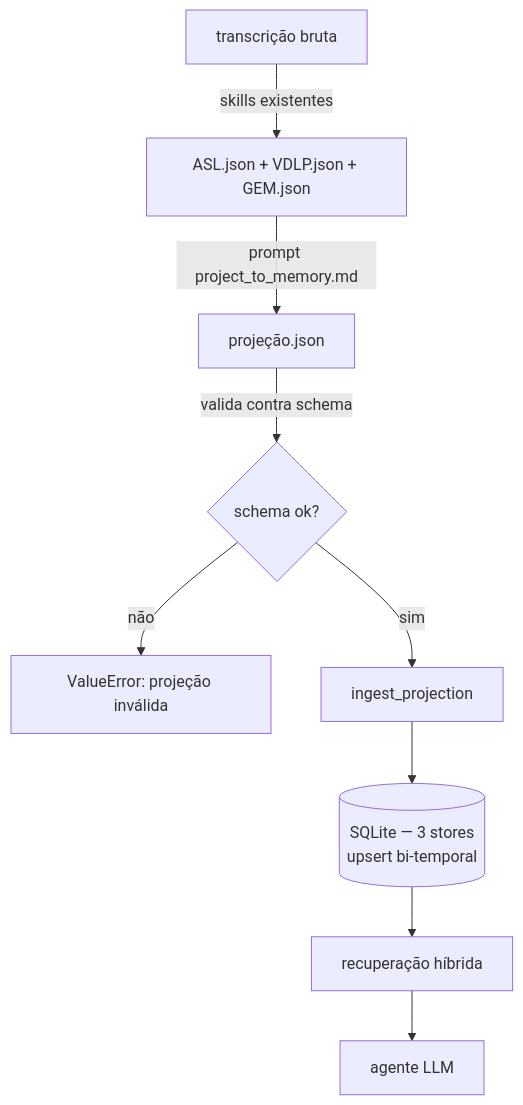
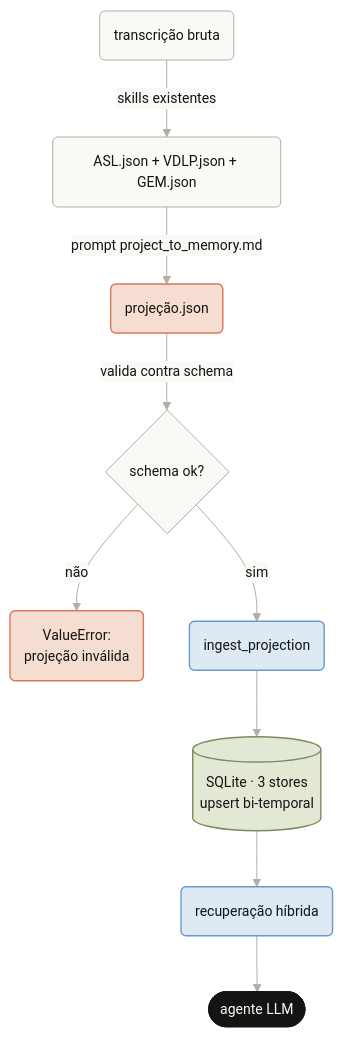
The fourth of 8 diagrams in README.md (myselfgus/patient-memory), drawn with Mermaid before and after one commit. The commit also changed other lines of this file, not shown here.

Commit message:
style(readme): aplica identidade de marca Anthropic (Poppins + paleta areia/tinta + acentos orange/blue/green); remove mindmap do Espaco Mental

````diff
--- a/README.md
+++ b/README.md
@@ -180,11 +176,26 @@
 ```mermaid
+%%{init: {"theme":"base","themeVariables":{"fontFamily":"Poppins, Arial, Helvetica, sans-serif","fontSize":"14px","primaryColor":"#faf9f5","primaryTextColor":"#141413","primaryBorderColor":"#b0aea5","lineColor":"#b0aea5","edgeLabelBackground":"#faf9f5"},"flowchart":{"curve":"basis","htmlLabels":true,"padding":14,"nodeSpacing":46,"rankSpacing":56}}}%%
 flowchart TD
-    T["transcrição bruta"] -->|skills existentes| A["ASL.json + VDLP.json + GEM.json"]
-    A -->|prompt project_to_memory.md| P["projeção.json"]
+    T("transcrição bruta") -->|skills existentes| A("ASL.json + VDLP.json + GEM.json")
+    A -->|prompt project_to_memory.md| P("projeção.json")
     P -->|valida contra schema| V{"schema ok?"}
-    V -->|não| ERR["ValueError: projeção inválida"]
-    V -->|sim| I["ingest_projection"]
-    I --> DB[("SQLite — 3 stores<br/>upsert bi-temporal")]
-    DB --> R["recuperação híbrida"]
-    R --> LLM["agente LLM"]
+    V -->|não| ERR("ValueError:<br/>projeção inválida")
+    V -->|sim| I("ingest_projection")
+    I --> DB[("SQLite · 3 stores<br/>upsert bi-temporal")]
+    DB --> R("recuperação híbrida")
+    R --> LLM(["agente LLM"])
+
+    classDef orange fill:#f6ddd1,stroke:#d97757,stroke-width:1.4px,color:#141413
+    classDef blue fill:#dde9f3,stroke:#6a9bcc,stroke-width:1.4px,color:#141413
+    classDef green fill:#e2e8d4,stroke:#788c5d,stroke-width:1.4px,color:#141413
+    classDef sand fill:#faf9f5,stroke:#b0aea5,stroke-width:1px,color:#141413
+    classDef ink fill:#141413,stroke:#141413,stroke-width:1px,color:#faf9f5
+    class T,A sand
+    class P orange
+    class V sand
+    class ERR orange
+    class I blue
+    class DB green
+    class R blue
+    class LLM ink
 ```
````
